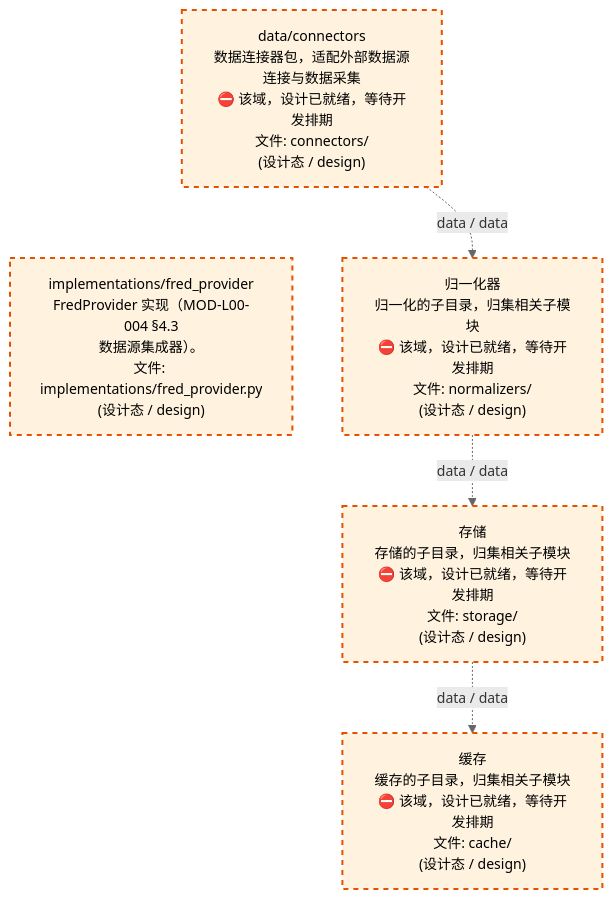
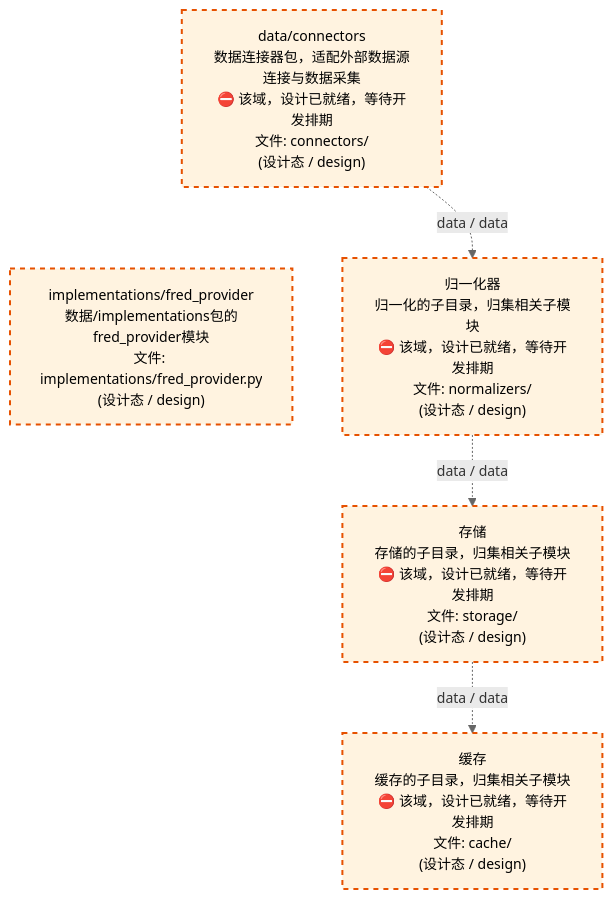
Before and after one commit to xuanFelixVan/ZephyrAlpha: the third of 4 diagrams in docs/02_enterprise_architecture/02_domain_architecture_docs/11_d_data.md, drawn with Mermaid. The commit also changed other lines of this file and 52 other files, not shown here.

````diff
--- a/docs/02_enterprise_architecture/02_domain_architecture_docs/11_d_data.md
+++ b/docs/02_enterprise_architecture/02_domain_architecture_docs/11_d_data.md
@@ -1330,18 +1330,18 @@
 ```mermaid
 %%{init: {'theme': 'base', 'themeVariables': {'primaryColor': '#eaeaea', 'primaryTextColor': '#333333', 'primaryBorderColor': '#666666', 'lineColor': '#666666', 'secondaryColor': '#eaeaea', 'tertiaryColor': '#eaeaea', 'fontSize': '14px'}}}%%
 flowchart TD
     src_zephyr_data_connectors["data/connectors<br/>数据连接器包，适配外部数据源连接与数据采集<br/>⛔ 该域，设计已就绪，等待开发排期<br/>文件: connectors/<br/>(设计态 / design)"]
-    src_zephyr_data_implementations_fred_provider_py["implementations/fred_provider<br/>FredProvider 实现（MOD-L00-004 §4.3<br/>数据源集成器）。<br/>文件: implementations/fred_provider.py<br/>(设计态 / design)"]
+    src_zephyr_data_implementations_fred_provider_py["implementations/fred_provider<br/>数据/implementations包的fred_provider模块<br/>文件: implementations/fred_provider.py<br/>(设计态 / design)"]
     src_zephyr_data_connectors ~~~ src_zephyr_data_implementations_fred_provider_py
     src_zephyr_data_normalizers["归一化器<br/>归一化的子目录，归集相关子模块<br/>⛔ 该域，设计已就绪，等待开发排期<br/>文件: normalizers/<br/>(设计态 / design)"]
     src_zephyr_data_storage["存储<br/>存储的子目录，归集相关子模块<br/>⛔ 该域，设计已就绪，等待开发排期<br/>文件: storage/<br/>(设计态 / design)"]
     src_zephyr_data_cache["缓存<br/>缓存的子目录，归集相关子模块<br/>⛔ 该域，设计已就绪，等待开发排期<br/>文件: cache/<br/>(设计态 / design)"]
     src_zephyr_data_connectors -.->|data / data| src_zephyr_data_normalizers
     src_zephyr_data_normalizers -.->|data / data| src_zephyr_data_storage
     src_zephyr_data_storage -.->|data / data| src_zephyr_data_cache
     classDef production fill:#e1f5fe,stroke:#01579b,stroke-width:2px,color:#000
     classDef design fill:#fff3e0,stroke:#e65100,stroke-width:2px,color:#000,stroke-dasharray: 5 5
     classDef external_prod fill:#e8f4fd,stroke:#0277bd,stroke-width:1px,color:#000
     classDef external_design fill:#fff8e7,stroke:#ef6c00,stroke-width:1px,color:#000,stroke-dasharray: 5 5
     class src_zephyr_data_cache,src_zephyr_data_connectors,src_zephyr_data_implementations_fred_provider_py,src_zephyr_data_normalizers,src_zephyr_data_storage design
 ```
````
